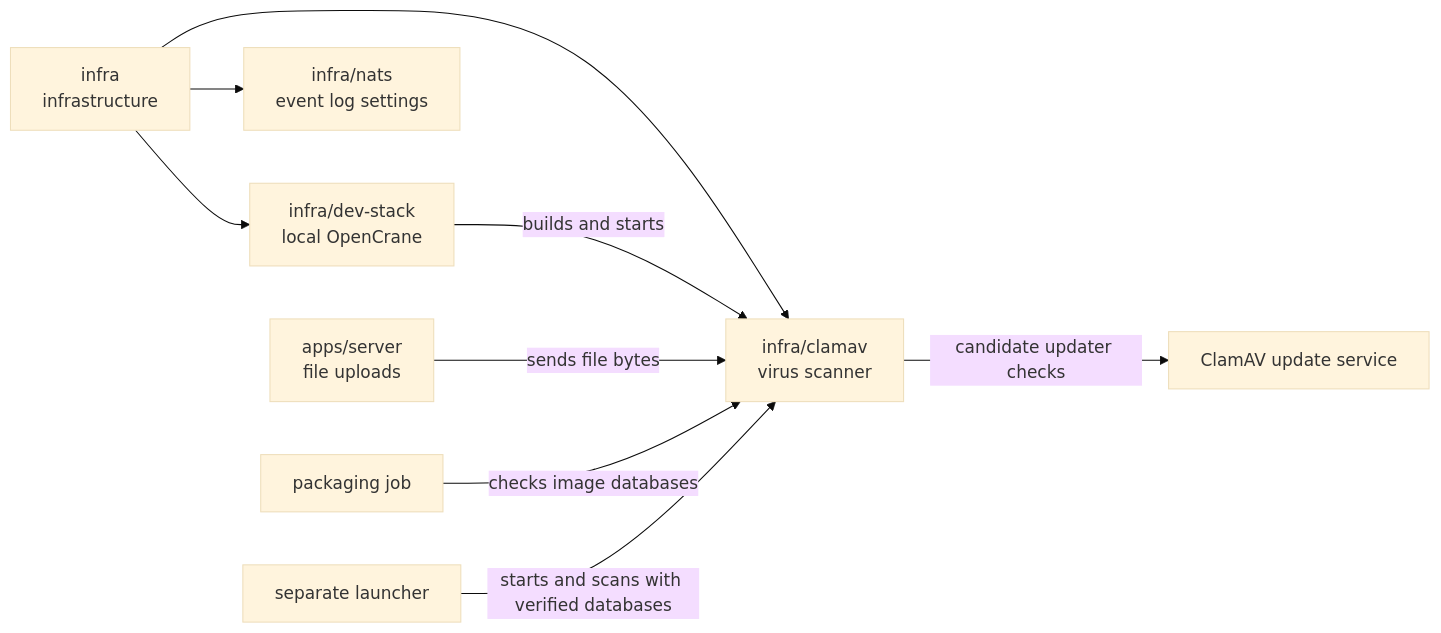
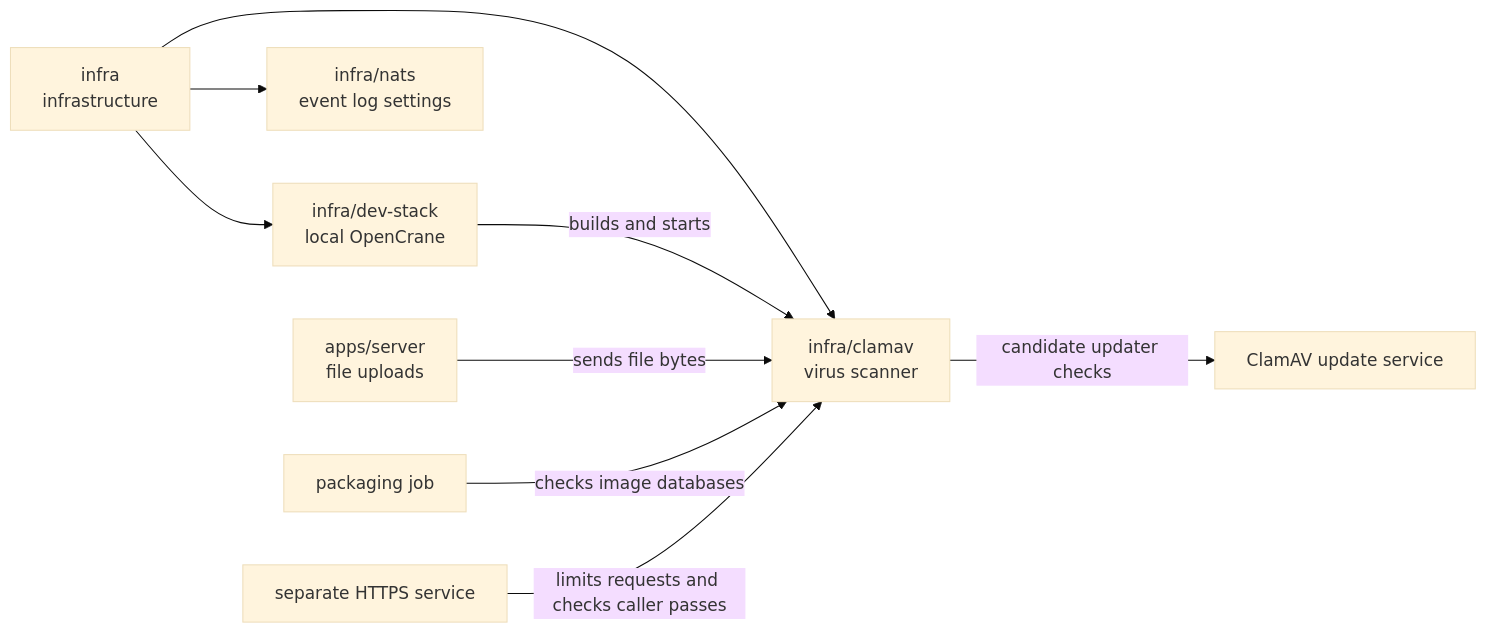
Before and after one commit to elewa-git/opencrane-new: the diagram in infra/clamav/README.md, drawn with Mermaid (base theme). The commit also changed other lines of this file and 6 other files, not shown here.

First line of the commit message:
🛡️ The upload scanner serves authenticated scans over HTTPS with bounded shared capacity that refuses excess work (#716)

````diff
--- a/infra/clamav/README.md
+++ b/infra/clamav/README.md
@@ -15,11 +15,11 @@
 ```mermaid
 flowchart LR
   infra["infra<br/>infrastructure"] --> clamav["infra/clamav<br/>virus scanner"]
   infra --> stack["infra/dev-stack<br/>local OpenCrane"]
   infra --> nats["infra/nats<br/>event log settings"]
   stack -->|builds and starts| clamav
   server["apps/server<br/>file uploads"] -->|sends file bytes| clamav
   clamav -->|candidate updater checks| updates["ClamAV update service"]
   packaging["packaging job"] -->|checks image databases| clamav
-  launcher["separate launcher"] -->|starts and scans with verified databases| clamav
+  launcher["separate HTTPS service"] -->|limits requests and checks caller passes| clamav
 ```
````
